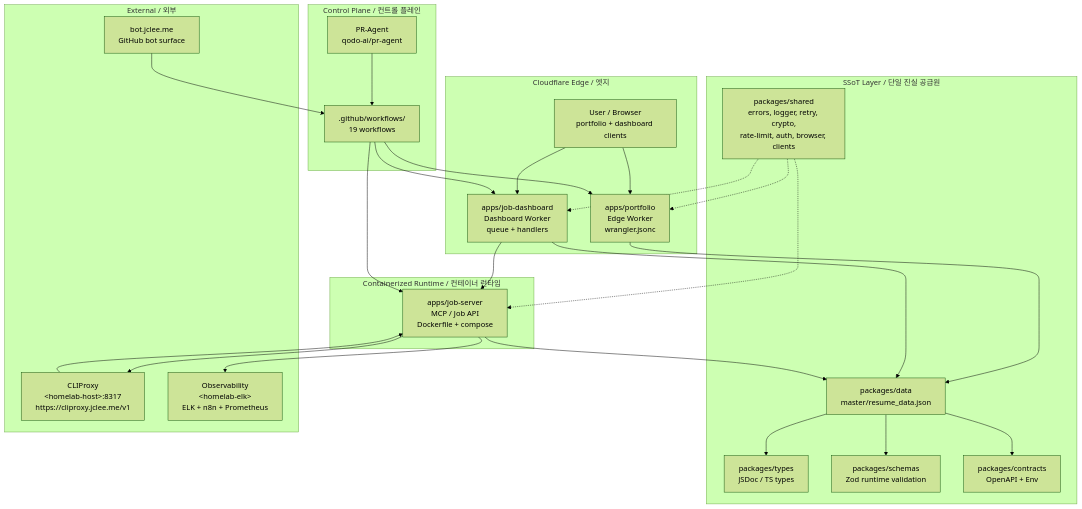
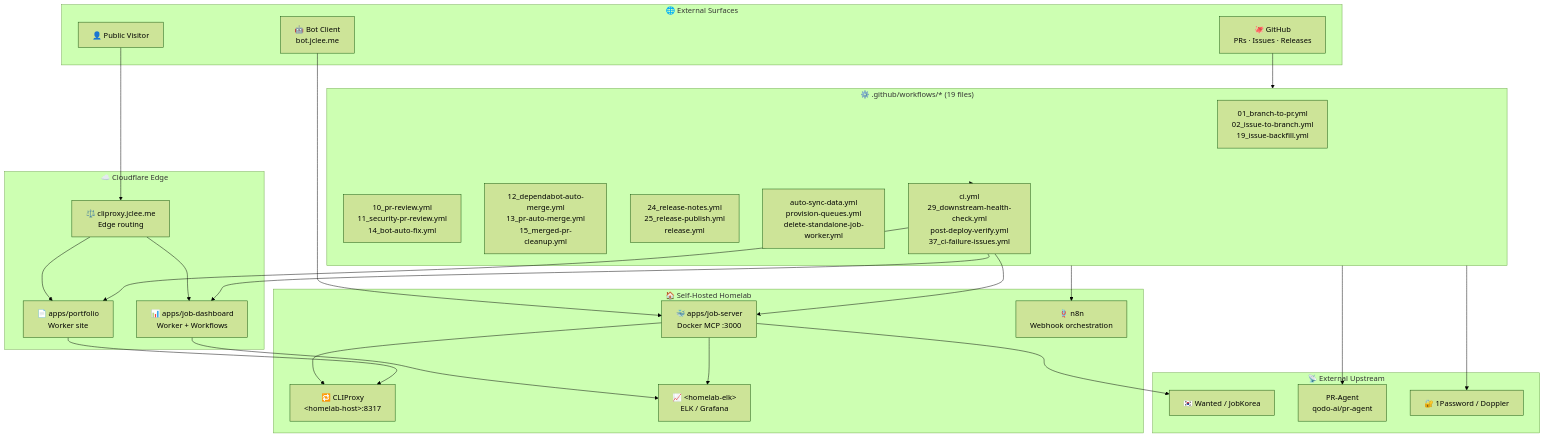
The diagram in README.md (jclee941/resume), drawn with Mermaid (forest theme) before and after one commit. The commit also changed other lines of this file, not shown here.

Commit message:
docs: auto-update README.md (#958)

````diff
--- a/README.md
+++ b/README.md
@@ -83,52 +74,54 @@
 ```mermaid
 flowchart TB
-  subgraph EDGE["Cloudflare Edge / 엣지"]
-    User["User / Browser<br/>portfolio + dashboard clients"]
-    Portfolio["apps/portfolio<br/>Edge Worker<br/>wrangler.jsonc"]
-    Dashboard["apps/job-dashboard<br/>Dashboard Worker<br/>queue + handlers"]
-  end
+    subgraph External["🌐 External Surfaces"]
+        Visitor["👤 Public Visitor"]
+        BotClient["🤖 Bot Client<br/>bot.jclee.me"]
+        GitHub["🐙 GitHub<br/>PRs · Issues · Releases"]
+    end
 
-  subgraph RUNTIME["Containerized Runtime / 컨테이너 런타임"]
-    Server["apps/job-server<br/>MCP / Job API<br/>Dockerfile + compose"]
-  end
+    subgraph Cloudflare["☁️ Cloudflare Edge"]
+        Portfolio["📄 apps/portfolio<br/>Worker site"]
+        Dashboard["📊 apps/job-dashboard<br/>Worker + Workflows"]
+        EdgeLB["⚖️ cliproxy.jclee.me<br/>Edge routing"]
+    end
 
-  subgraph SSOT["SSoT Layer / 단일 진실 공급원"]
-    Data["packages/data<br/>master/resume_data.json"]
-    Types["packages/types<br/>JSDoc / TS types"]
-    Schemas["packages/schemas<br/>Zod runtime validation"]
-    Contracts["packages/contracts<br/>OpenAPI + Env"]
-    Shared["packages/shared<br/>errors, logger, retry, crypto,<br/>rate-limit, auth, browser, clients"]
-  end
+    subgraph SelfHosted["🏠 Self-Hosted Homelab"]
+        JobServer["🐳 apps/job-server<br/>Docker MCP :3000"]
+        CLIProxy["🔁 CLIProxy<br/>&lt;homelab-host&gt;:8317"]
+        ELK["📈 &lt;homelab-elk&gt;<br/>ELK / Grafana"]
+        N8N["🪢 n8n<br/>Webhook orchestration"]
+    end
 
-  subgraph EXTERNAL["External / 외부"]
-    Proxy["CLIProxy<br/>&lt;homelab-host&gt;:8317<br/>https://cliproxy.jclee.me/v1"]
-    ELK["Observability<br/>&lt;homelab-elk&gt;<br/>ELK + n8n + Prometheus"]
-    Bot["bot.jclee.me<br/>GitHub bot surface"]
-  end
+    subgraph Upstream["📡 External Upstream"]
+        Wanted["🇰🇷 Wanted / JobKorea"]
+        PRAgent["PR-Agent<br/>qodo-ai/pr-agent"]
+        SecretStore["🔐 1Password / Doppler"]
+    end
 
-  subgraph CONTROL["Control Plane / 컨트롤 플레인"]
-    GH[".github/workflows/<br/>19 workflows"]
-    PRAgent["PR-Agent<br/>qodo-ai/pr-agent"]
-  end
+    subgraph Automation["⚙️ .github/workflows/* (19 files)"]
+        BranchFlow["01_branch-to-pr.yml<br/>02_issue-to-branch.yml<br/>19_issue-backfill.yml"]
+        ReviewFlow["10_pr-review.yml<br/>11_security-pr-review.yml<br/>14_bot-auto-fix.yml"]
+        MergeFlow["12_dependabot-auto-merge.yml<br/>13_pr-auto-merge.yml<br/>15_merged-pr-cleanup.yml"]
+        ReleaseFlow["24_release-notes.yml<br/>25_release-publish.yml<br/>release.yml"]
+        SyncFlow["auto-sync-data.yml<br/>provision-queues.yml<br/>delete-standalone-job-worker.yml"]
+        VerifyFlow["ci.yml<br/>29_downstream-health-check.yml<br/>post-deploy-verify.yml<br/>37_ci-failure-issues.yml"]
+    end
 
-  User --> Portfolio
-  User --> Dashboard
-  Dashboard --> Server
-  Server --> Proxy
-  Server --> ELK
-  Portfolio --> Data
-  Dashboard --> Data
-  Server --> Data
-  Data --> Types
-  Data --> Schemas
-  Data --> Contracts
-  Shared -.-> Server
-  Shared -.-> Dashboard
-  Shared -.-> Portfolio
-  GH --> Server
-  GH --> Portfolio
-  GH --> Dashboard
-  PRAgent --> GH
-  Bot --> GH
-  Proxy --> Server
+    Visitor --> EdgeLB
+    BotClient --> JobServer
+    GitHub --> Automation
+    EdgeLB --> Portfolio
+    EdgeLB --> Dashboard
+    Automation --> PRAgent
+    Automation --> SecretStore
+    Automation --> VerifyFlow
+    JobServer --> Wanted
+    JobServer --> CLIProxy
+    Portfolio --> CLIProxy
+    Dashboard --> ELK
+    JobServer --> ELK
+    Automation --> N8N
+    VerifyFlow --> Portfolio
+    VerifyFlow --> JobServer
+    VerifyFlow --> Dashboard
 ```
````
